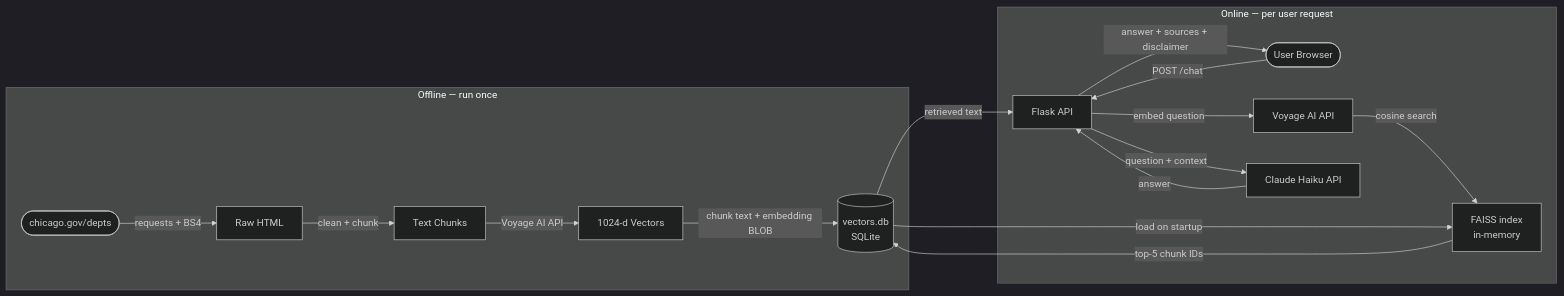
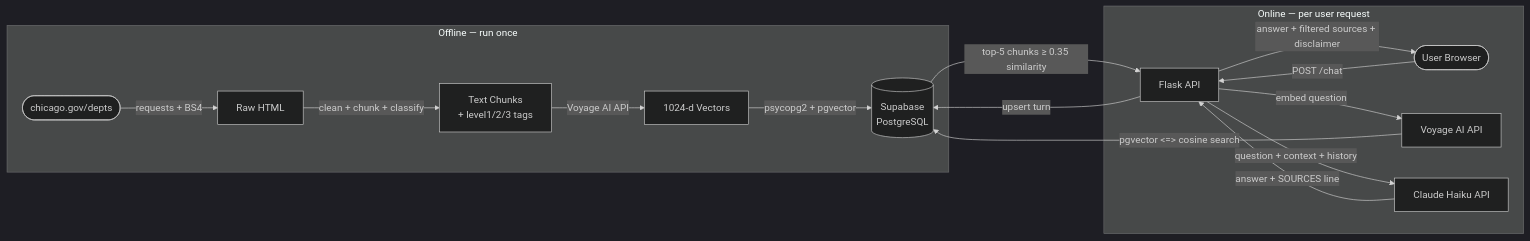
Before and after one commit to esiu-23/govt-chatbot: the first of 4 diagrams in project_overview.md, drawn with Mermaid (dark theme). The commit also changed other lines of this file and 4 other files, not shown here.

````diff
--- a/project_overview.md
+++ b/project_overview.md
@@ -31,22 +31,20 @@
 ```mermaid
 flowchart LR
     subgraph Offline["Offline — run once"]
         A([chicago.gov/depts]) -->|requests + BS4| B[Raw HTML]
-        B -->|clean + chunk| C[Text Chunks]
+        B -->|clean + chunk + classify| C[Text Chunks\n+ level1/2/3 tags]
         C -->|Voyage AI API| D[1024-d Vectors]
-        D -->|chunk text + embedding BLOB| E[(vectors.db\nSQLite)]
+        D -->|psycopg2 + pgvector| E[(Supabase\nPostgreSQL)]
     end
 
     subgraph Online["Online — per user request"]
         G([User Browser]) -->|POST /chat| H[Flask API]
         H -->|embed question| I[Voyage AI API]
-        I -->|cosine search| J[FAISS index\nin-memory]
-        J -->|top-5 chunk IDs| E
-        E -->|retrieved text| H
-        H -->|question + context| K[Claude Haiku API]
-        K -->|answer| H
-        H -->|answer + sources + disclaimer| G
+        I -->|pgvector <=> cosine search| E
+        E -->|top-5 chunks ≥ 0.35 similarity| H
+        H -->|question + context + history| K[Claude Haiku API]
+        K -->|answer + SOURCES line| H
+        H -->|answer + filtered sources + disclaimer| G
+        H -->|upsert turn| E
     end
-
-    E -->|load on startup| J
 ```
````
